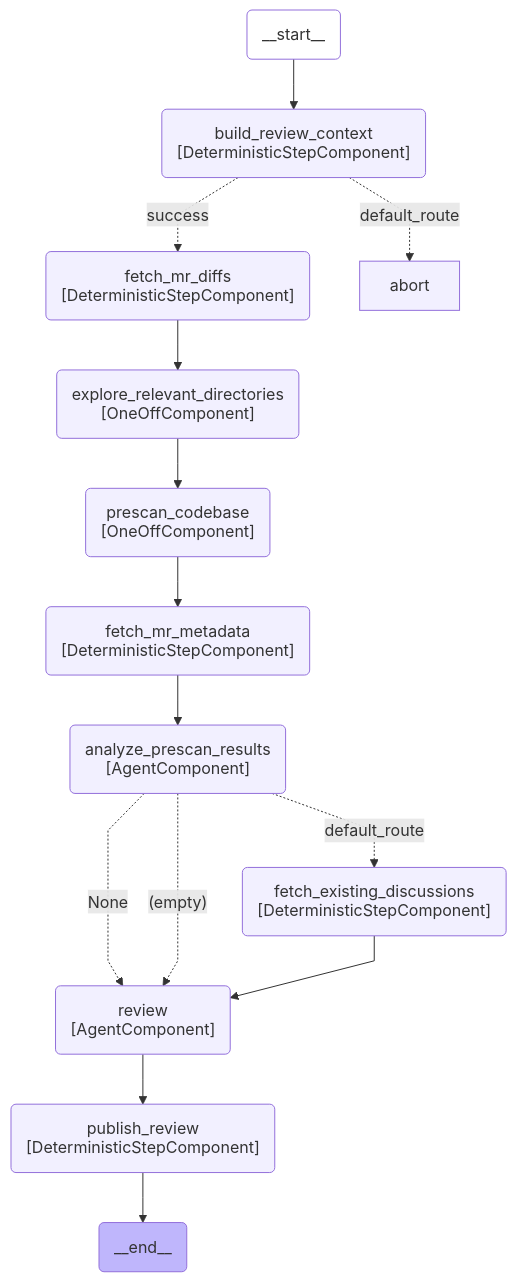
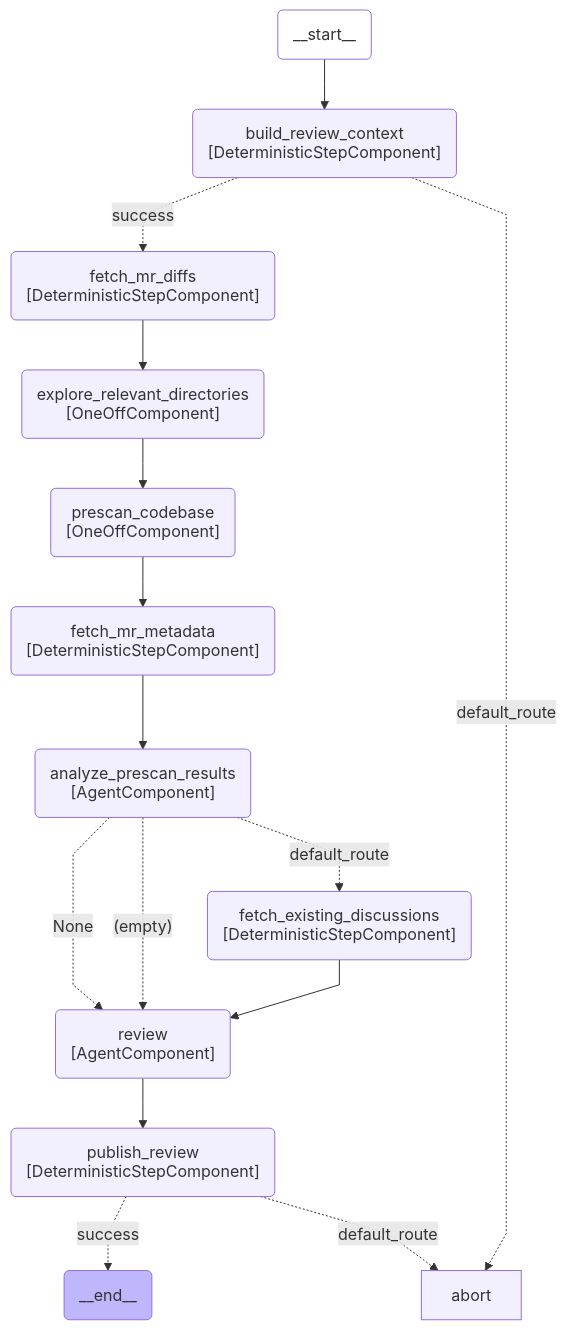
Diagram 13 of 60 in docs/duo_workflow_service_graphs.md (movax01h/ai-gateway), drawn with Mermaid before and after one commit. The commit also changed other lines of this file and 4 other files, not shown here.

Commit message:
fix(code-review): abort the flow when the review is never published

````diff
--- a/docs/duo_workflow_service_graphs.md
+++ b/docs/duo_workflow_service_graphs.md
@@ -423,35 +423,36 @@
 ```mermaid
 ---
 config:
     flowchart:
         curve: linear
 ---
 graph TD;
     __start__(__start__):::first;
     __end__(__end__):::last;
     __start__ --> build_review_context;
     build_review_context(build_review_context<br>#91;DeterministicStepComponent#93;);
     fetch_mr_diffs(fetch_mr_diffs<br>#91;DeterministicStepComponent#93;);
     explore_relevant_directories(explore_relevant_directories<br>#91;OneOffComponent#93;);
     prescan_codebase(prescan_codebase<br>#91;OneOffComponent#93;);
     fetch_mr_metadata(fetch_mr_metadata<br>#91;DeterministicStepComponent#93;);
     analyze_prescan_results(analyze_prescan_results<br>#91;AgentComponent#93;);
     fetch_existing_discussions(fetch_existing_discussions<br>#91;DeterministicStepComponent#93;);
     review(review<br>#91;AgentComponent#93;);
     publish_review(publish_review<br>#91;DeterministicStepComponent#93;);
     build_review_context -.->|"success"| fetch_mr_diffs;
     build_review_context -.->|"default_route"| abort;
     fetch_mr_diffs --> explore_relevant_directories;
     explore_relevant_directories --> prescan_codebase;
     prescan_codebase --> fetch_mr_metadata;
     fetch_mr_metadata --> analyze_prescan_results;
     analyze_prescan_results -.->|"None"| review;
     analyze_prescan_results -.->|"(empty)"| review;
     analyze_prescan_results -.->|"default_route"| fetch_existing_discussions;
     fetch_existing_discussions --> review;
     review --> publish_review;
-    publish_review --> __end__;
+    publish_review -.->|"success"| __end__;
+    publish_review -.->|"default_route"| abort;
     classDef default fill:#f2f0ff,line-height:1.2;
     classDef first fill-opacity:0;
     classDef last fill:#bfb6fc;
 ```
````
